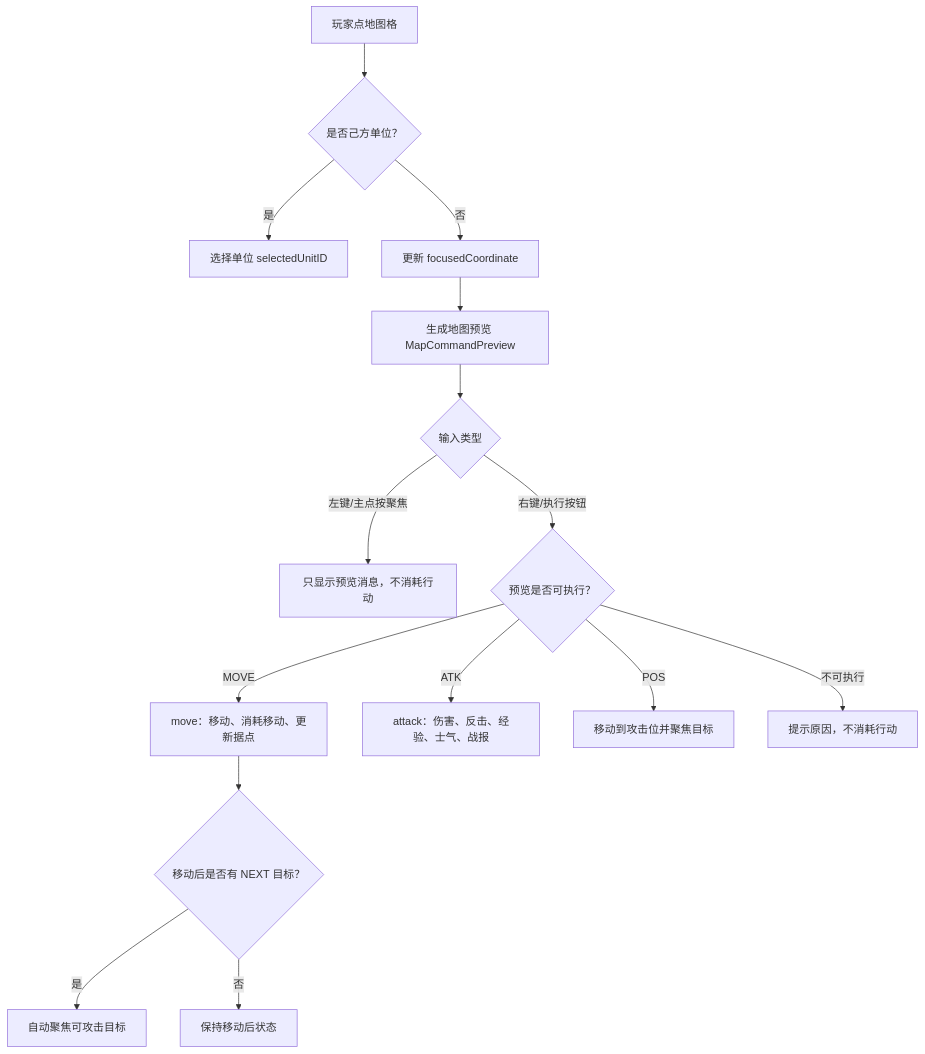
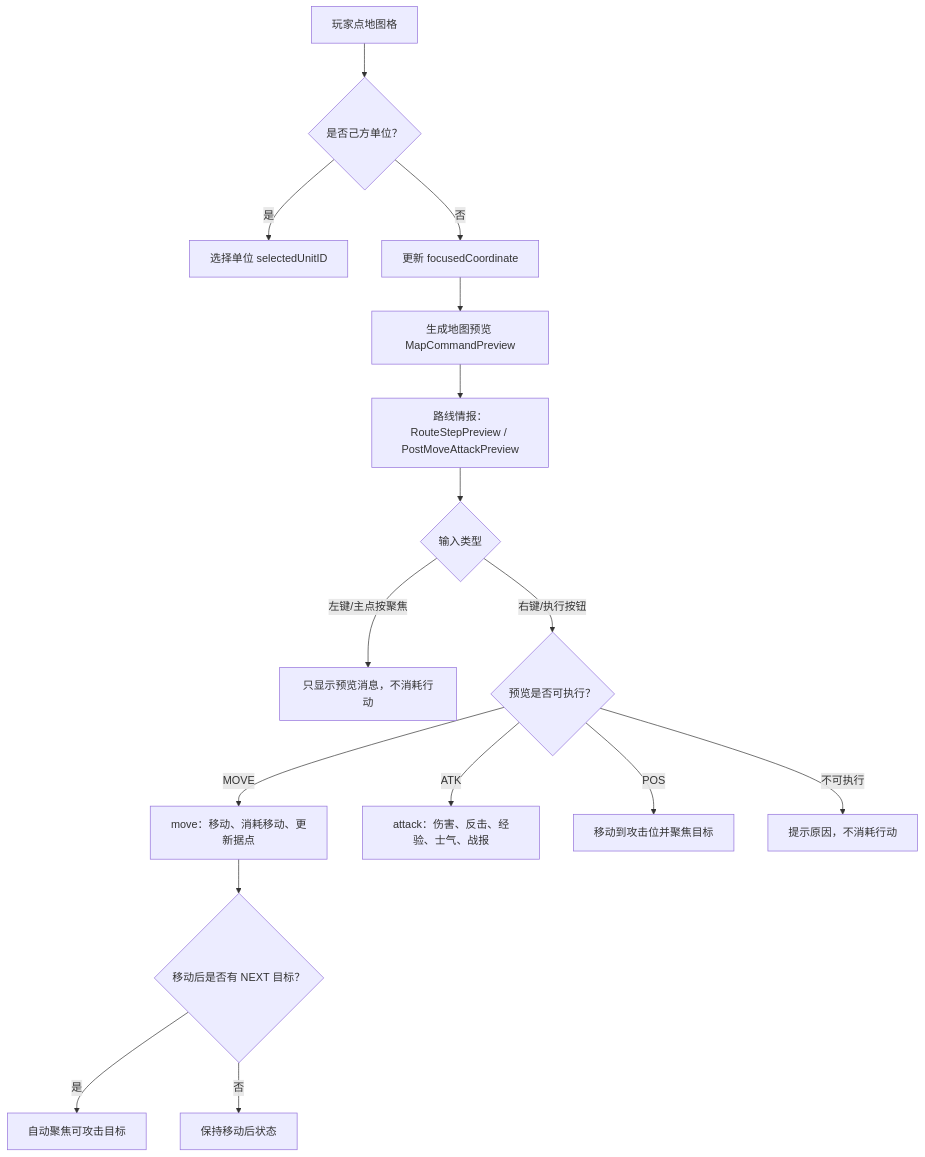
Before and after one commit to Altman-sam114/116: the second of 5 diagrams in md/flow/flowchart.md, drawn with Mermaid. The commit also changed other lines of this file and 9 other files, not shown here.

````diff
--- a/md/flow/flowchart.md
+++ b/md/flow/flowchart.md
@@ -26,17 +26,18 @@
 ```mermaid
 flowchart TD
   A["玩家点地图格"] --> B{"是否己方单位？"}
   B -->|是| C["选择单位 selectedUnitID"]
   B -->|否| D["更新 focusedCoordinate"]
   D --> E["生成地图预览 MapCommandPreview"]
-  E --> F{"输入类型"}
+  E --> R["路线情报：RouteStepPreview / PostMoveAttackPreview"]
+  R --> F{"输入类型"}
   F -->|左键/主点按聚焦| G["只显示预览消息，不消耗行动"]
   F -->|右键/执行按钮| H{"预览是否可执行？"}
   H -->|MOVE| I["move：移动、消耗移动、更新据点"]
   H -->|ATK| J["attack：伤害、反击、经验、士气、战报"]
   H -->|POS| K["移动到攻击位并聚焦目标"]
   H -->|不可执行| L["提示原因，不消耗行动"]
   I --> M{"移动后是否有 NEXT 目标？"}
   M -->|是| N["自动聚焦可攻击目标"]
   M -->|否| O["保持移动后状态"]
 ```
````
